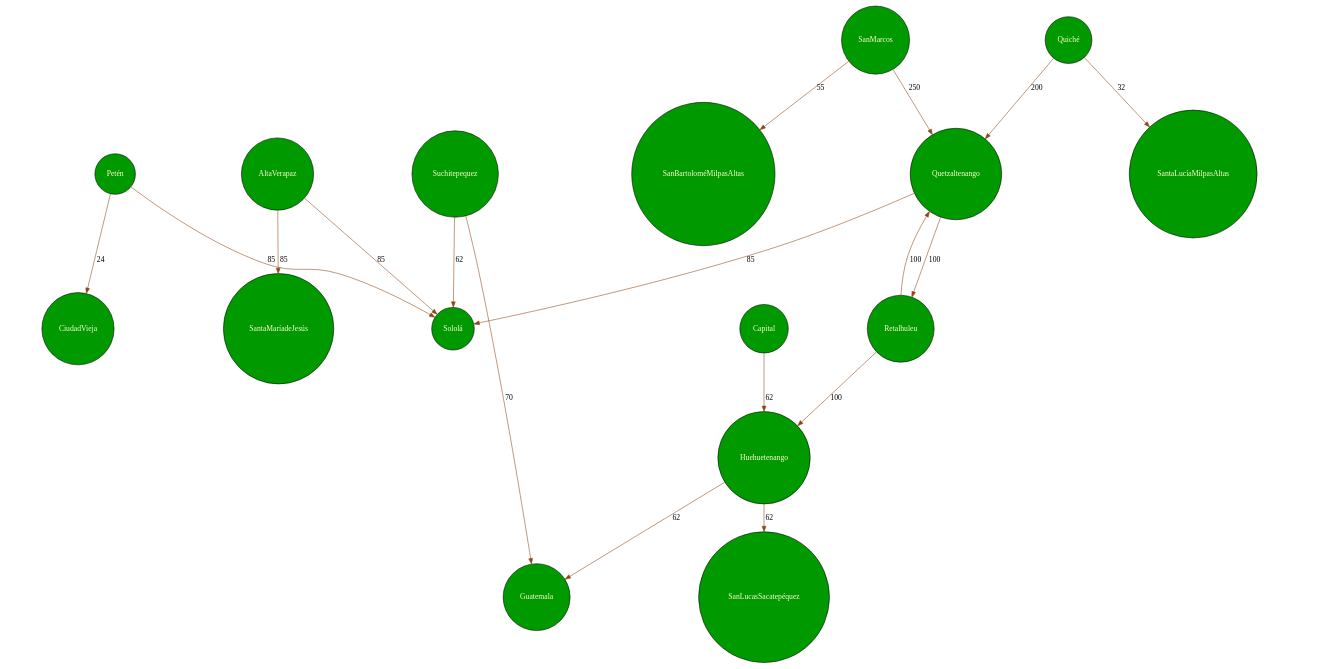
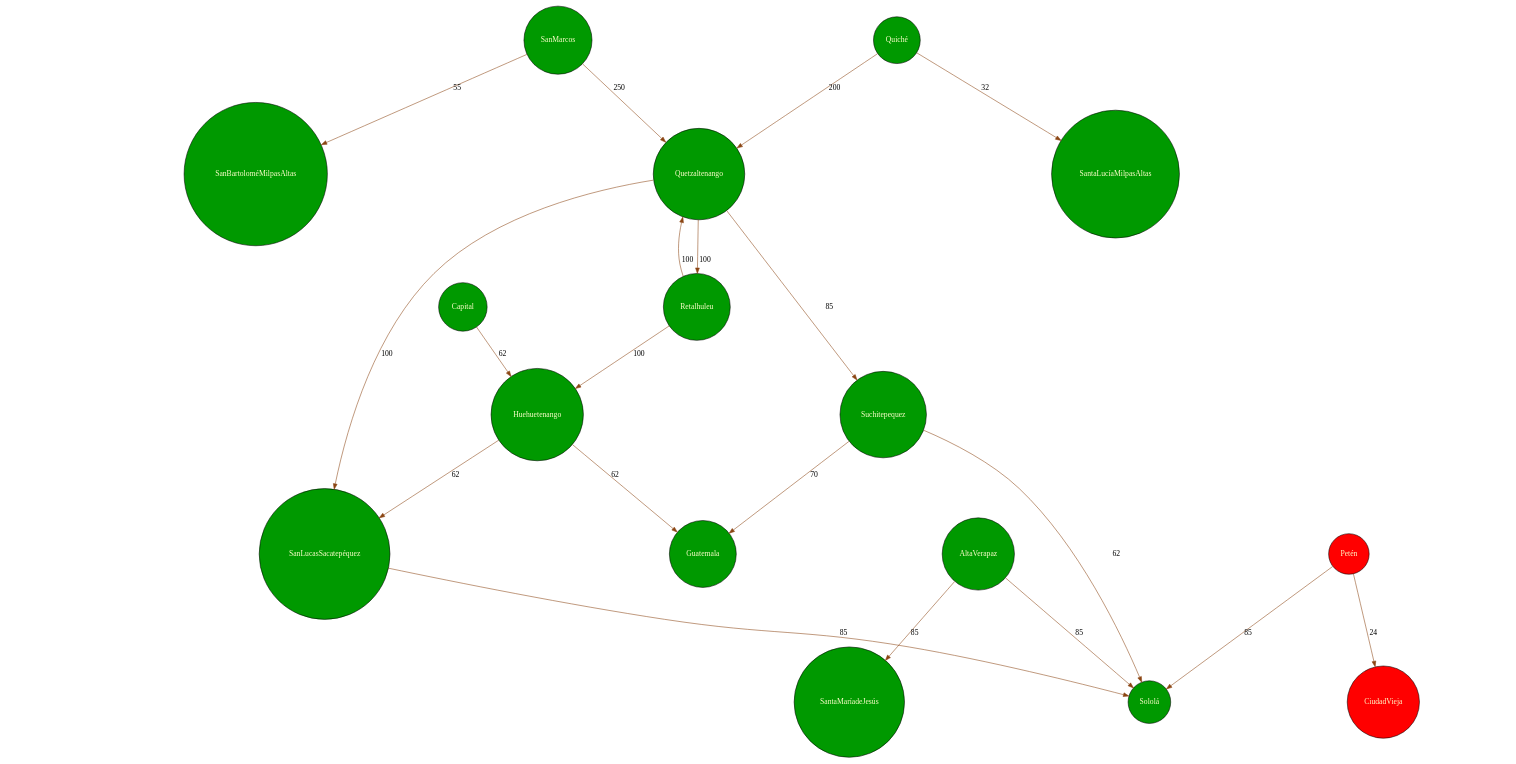
One commit to Marco131-xel/TravelMap_GT changed the diagram in TravelMap/grafo.dot. Above: the diagram before and after it, drawn with Graphviz. The commit also changed 7 other files, not shown here.

```diff
--- a/TravelMap/grafo.dot
+++ b/TravelMap/grafo.dot
@@ -1,22 +1,25 @@
 digraph G {
 	graph [ratio=0.5];
 	node [shape=circle, style=filled, fillcolor="#009900", fontcolor="#FFFFCC", fixedsize=false];
 	edge [color="#8B4513"];
   "AltaVerapaz" -> "SantaMaríadeJesús" [label="85"];
   "Petén" -> "CiudadVieja" [label="24"];
+"Petén" [fillcolor="red"];"CiudadVieja" [fillcolor="red"];
   "Quetzaltenango" -> "Retalhuleu" [label="100"];
   "Retalhuleu" -> "Quetzaltenango" [label="100"];
   "SanMarcos" -> "Quetzaltenango" [label="250"];
   "Suchitepequez" -> "Guatemala" [label="70"];
   "SanMarcos" -> "SanBartoloméMilpasAltas" [label="55"];
   "Huehuetenango" -> "SanLucasSacatepéquez" [label="62"];
   "Quiché" -> "SantaLucíaMilpasAltas" [label="32"];
   "Quiché" -> "Quetzaltenango" [label="200"];
   "Huehuetenango" -> "Guatemala" [label="62"];
   "Capital" -> "Huehuetenango" [label="62"];
-  "Quetzaltenango" -> "Sololá" [label="85"];
   "Suchitepequez" -> "Sololá" [label="62"];
   "Retalhuleu" -> "Huehuetenango" [label="100"];
   "Petén" -> "Sololá" [label="85"];
   "AltaVerapaz" -> "Sololá" [label="85"];
+  "Quetzaltenango" -> "Suchitepequez" [label="85"];
+  "SanLucasSacatepéquez" -> "Sololá" [label="85"];
+  "Quetzaltenango" -> "SanLucasSacatepéquez" [label="100"];
 }
```
